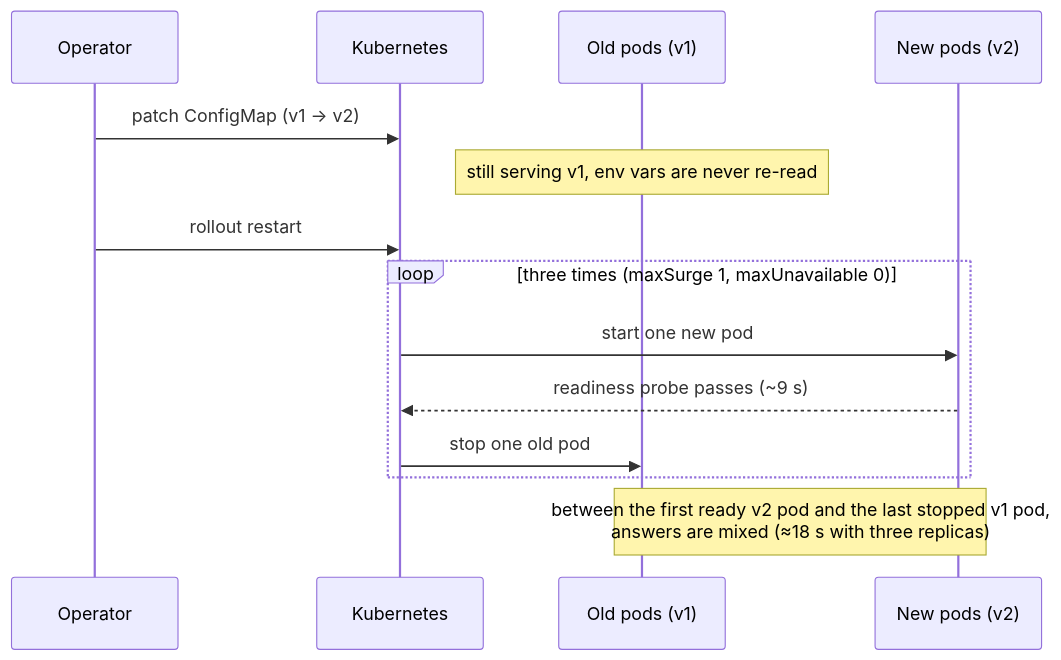
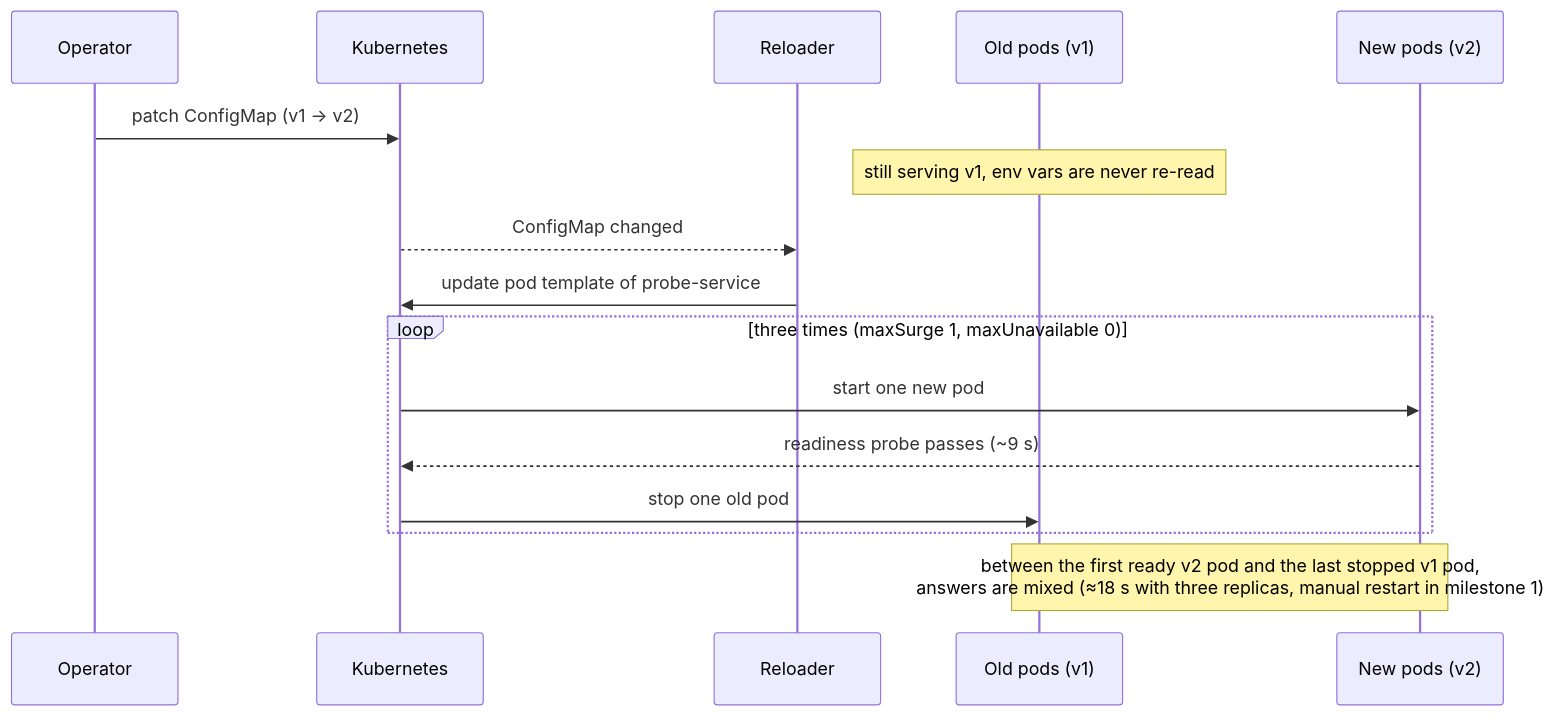
One commit to AimenFH/config-delivery-thesis changed the second of 3 diagrams in document/architecture.md. Above: the diagram before and after it, drawn with Mermaid. The commit also changed other lines of this file and 4 other files, not shown here.

Commit message:
Add journal entry 02: Way B and automatic triggers; update status and architecture

````diff
--- a/document/architecture.md
+++ b/document/architecture.md
@@ -81,17 +82,19 @@
 ```mermaid
 sequenceDiagram
     participant Op as Operator
     participant K8s as Kubernetes
+    participant R as Reloader
     participant Old as Old pods (v1)
     participant New as New pods (v2)
 
     Op->>K8s: patch ConfigMap (v1 → v2)
     Note over Old: still serving v1, env vars are never re-read
-    Op->>K8s: rollout restart
+    K8s-->>R: ConfigMap changed
+    R->>K8s: update pod template of probe-service
     loop three times (maxSurge 1, maxUnavailable 0)
         K8s->>New: start one new pod
         New-->>K8s: readiness probe passes (~9 s)
         K8s->>Old: stop one old pod
     end
-    Note over Old,New: between the first ready v2 pod and the last stopped v1 pod,<br/>answers are mixed (≈18 s with three replicas)
+    Note over Old,New: between the first ready v2 pod and the last stopped v1 pod,<br/>answers are mixed (≈18 s with three replicas, manual restart in milestone 1)
 ```
````
